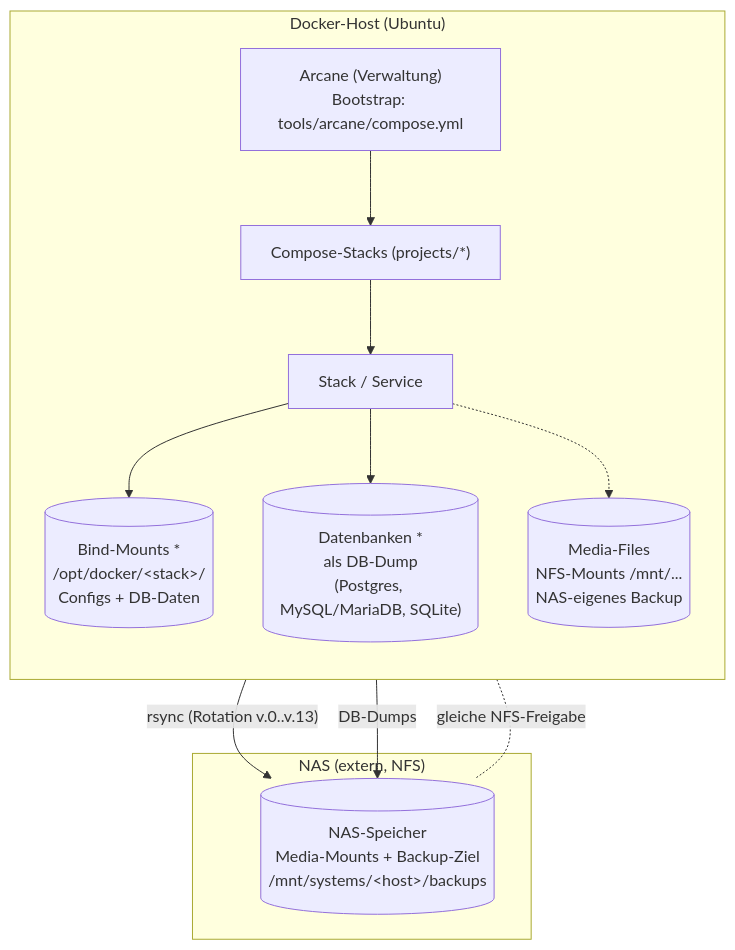
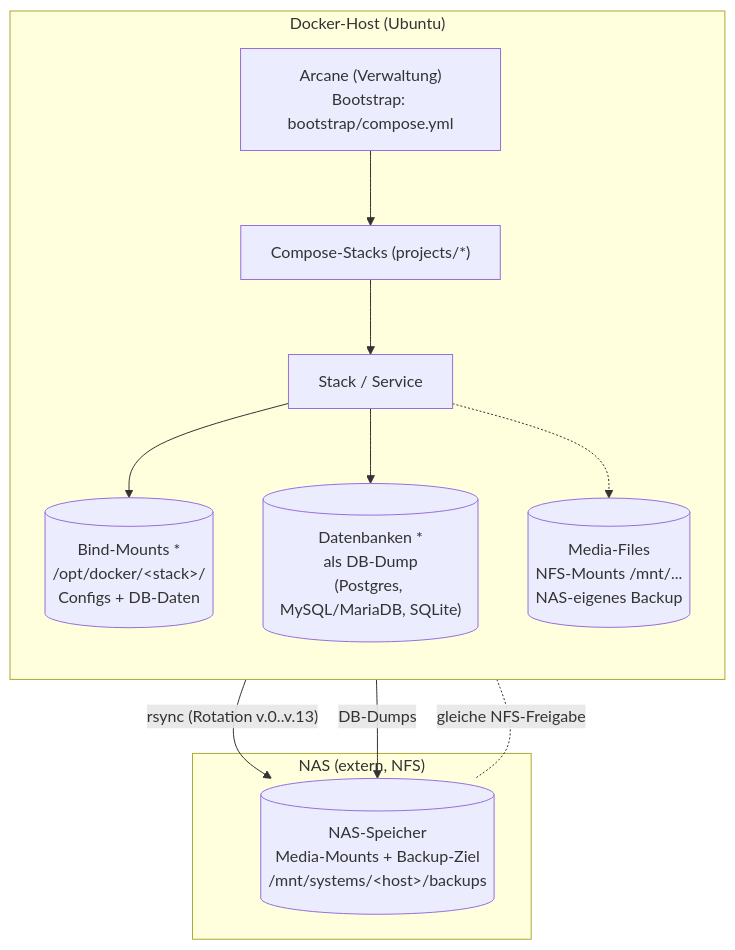
Before and after one commit to yauh-mistral/homelab-docker-stack: the diagram in README.md, drawn with Mermaid. The commit also changed other lines of this file and 4 other files, not shown here.

Commit message:
refactor: Installer installiert alle Tools (backup + maintenance) nach /opt/docker/tools; Arcane-Bootstrap aus tools/arcane nach bootstrap/ (vom Installer unangetastet — Secrets); DEPLOYMENT mit Bootstrap-Schritt + sauberer Schritt-Nummerierung

````diff
--- a/README.md
+++ b/README.md
@@ -45,20 +46,20 @@
 ```mermaid
 flowchart TB
     subgraph host["Docker-Host (Ubuntu)"]
         direction TB
-        A["Arcane (Verwaltung)<br/>Bootstrap: tools/arcane/compose.yml"]
+        A["Arcane (Verwaltung)<br/>Bootstrap: bootstrap/compose.yml"]
         A --> S["Compose-Stacks (projects/*)"]
         S --> STK["Stack / Service"]
         STK --> BD[("Bind-Mounts *<br/>/opt/docker/&lt;stack&gt;/<br/>Configs + DB-Daten")]
         STK --> DB[("Datenbanken *<br/>als DB-Dump<br/>(Postgres, MySQL/MariaDB, SQLite)")]
         STK -.-> MF[("Media-Files<br/>NFS-Mounts /mnt/...<br/>NAS-eigenes Backup")]
     end
 
     subgraph nas["NAS (extern, NFS)"]
         NAS[("NAS-Speicher<br/>Media-Mounts + Backup-Ziel<br/>/mnt/systems/&lt;host&gt;/backups")]
     end
 
     BD -->|"rsync (Rotation v.0..v.13)"| NAS
     DB -->|"DB-Dumps"| NAS
     MF -.-|"gleiche NFS-Freigabe"| NAS
 ```
````
